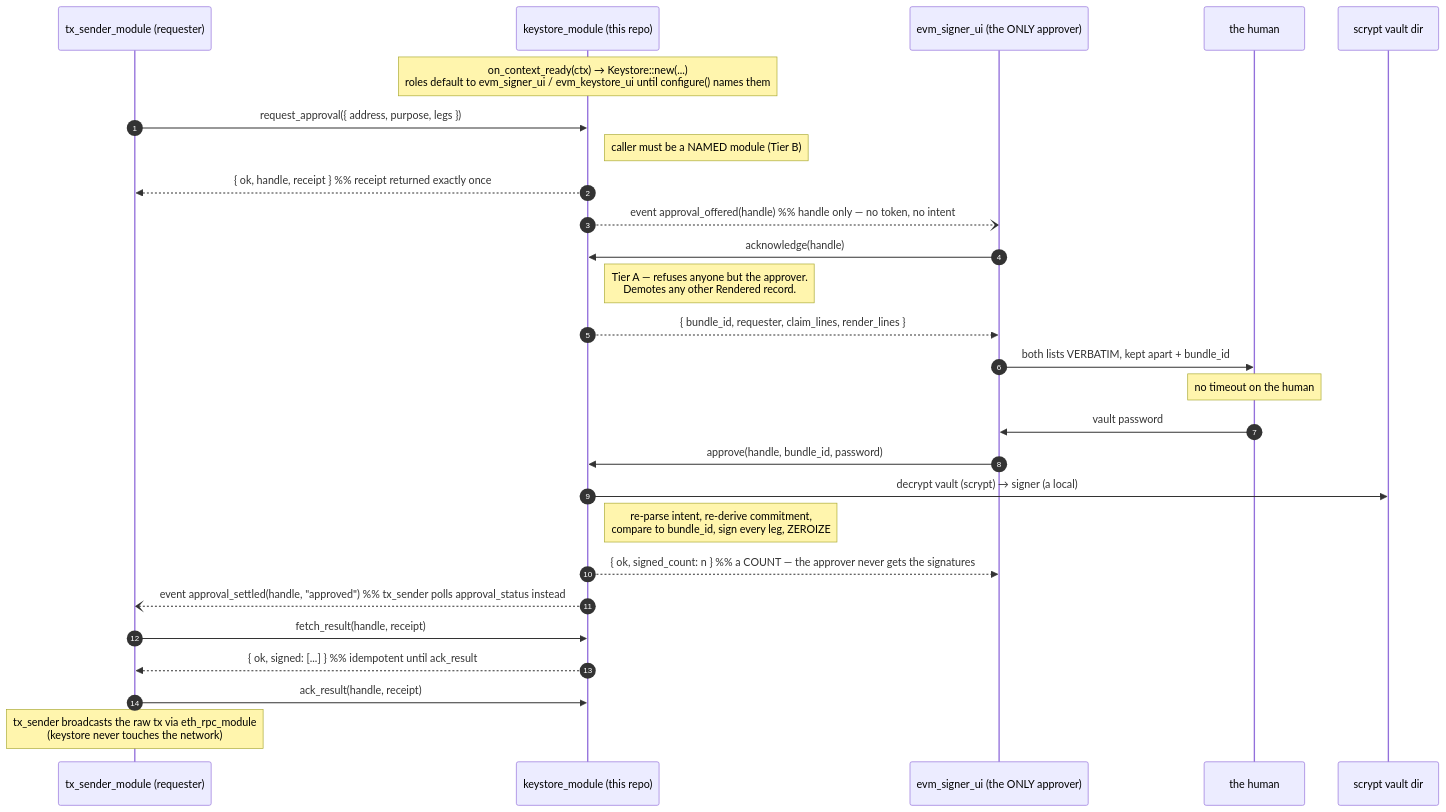
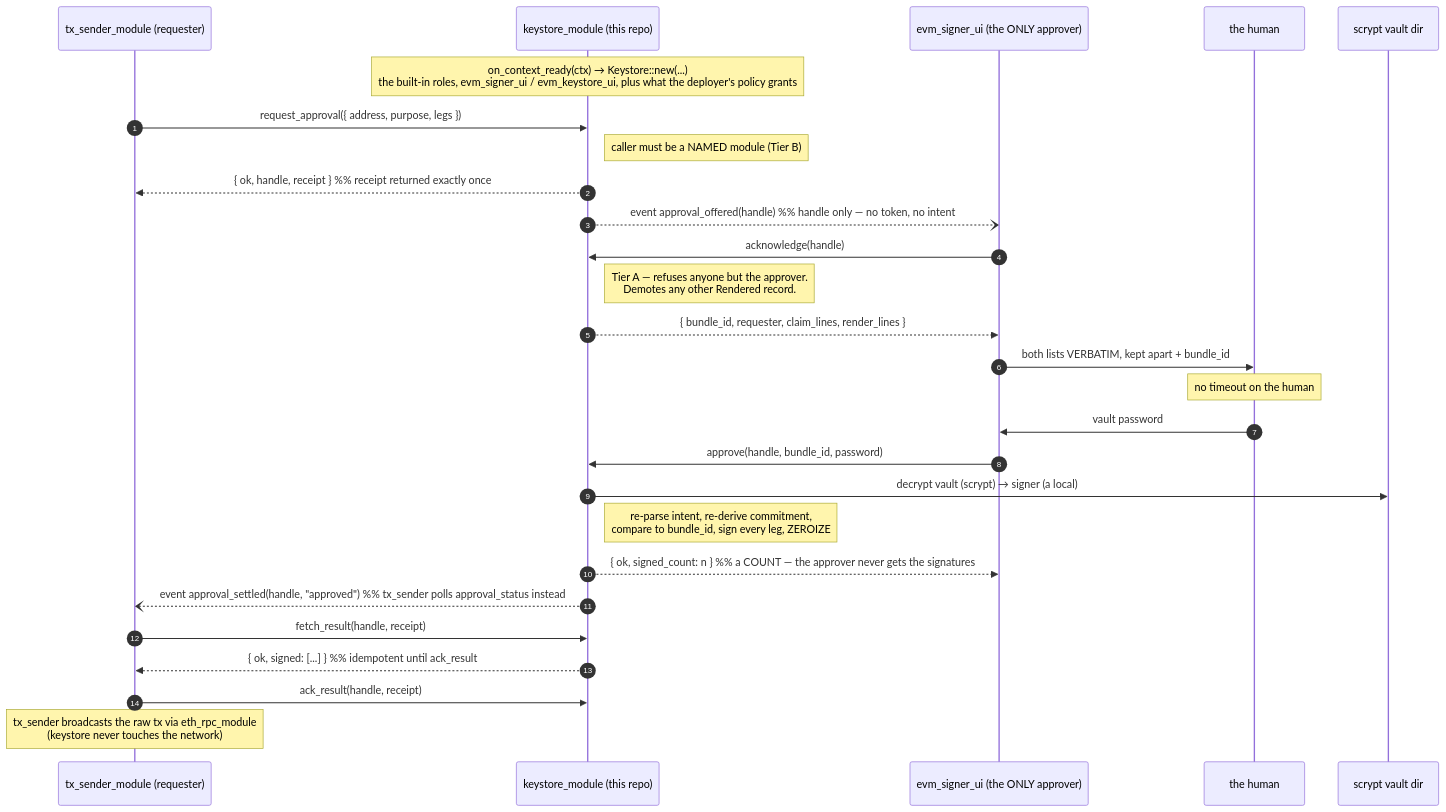
Before and after one commit to logos-co/logos-evm-keystore-module: the second of 2 diagrams in docs/specs.md, drawn with Mermaid. The commit also changed other lines of this file and 2 other files, not shown here.

First line of the commit message:
docs: grants come from the access policy; the doc-test writes one

````diff
--- a/docs/specs.md
+++ b/docs/specs.md
@@ -136,35 +136,35 @@
 ```mermaid
 sequenceDiagram
     autonumber
     participant BE as tx_sender_module (requester)
     participant KS as keystore_module (this repo)
     participant SU as evm_signer_ui (the ONLY approver)
     participant H as the human
     participant DISK as scrypt vault dir
 
-    Note over KS: on_context_ready(ctx) → Keystore::new(...)<br/>roles default to evm_signer_ui / evm_keystore_ui until configure() names them
+    Note over KS: on_context_ready(ctx) → Keystore::new(...)<br/>the built-in roles, evm_signer_ui / evm_keystore_ui, plus what the deployer's policy grants
 
     BE->>KS: request_approval({ address, purpose, legs })
     Note right of KS: caller must be a NAMED module (Tier B)
     KS-->>BE: { ok, handle, receipt }   %% receipt returned exactly once
     KS--)SU: event approval_offered(handle)   %% handle only — no token, no intent
 
     SU->>KS: acknowledge(handle)
     Note right of KS: Tier A — refuses anyone but the approver.<br/>Demotes any other Rendered record.
     KS-->>SU: { bundle_id, requester, claim_lines, render_lines }
     SU->>H: both lists VERBATIM, kept apart + bundle_id
     Note over H: no timeout on the human
 
     H->>SU: vault password
     SU->>KS: approve(handle, bundle_id, password)
     KS->>DISK: decrypt vault (scrypt) → signer (a local)
     Note right of KS: re-parse intent, re-derive commitment,<br/>compare to bundle_id, sign every leg, ZEROIZE
     KS-->>SU: { ok, signed_count: n }   %% a COUNT — the approver never gets the signatures
     KS--)BE: event approval_settled(handle, "approved")   %% tx_sender polls approval_status instead
 
     BE->>KS: fetch_result(handle, receipt)
     KS-->>BE: { ok, signed: [...] }   %% idempotent until ack_result
     BE->>KS: ack_result(handle, receipt)
 
     Note over BE: tx_sender broadcasts the raw tx via eth_rpc_module<br/>(keystore never touches the network)
 ```
````
